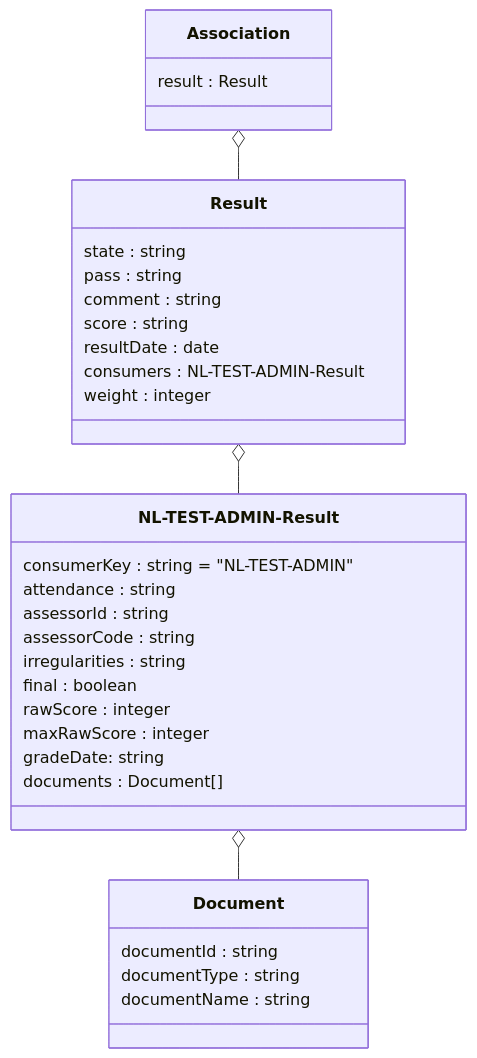
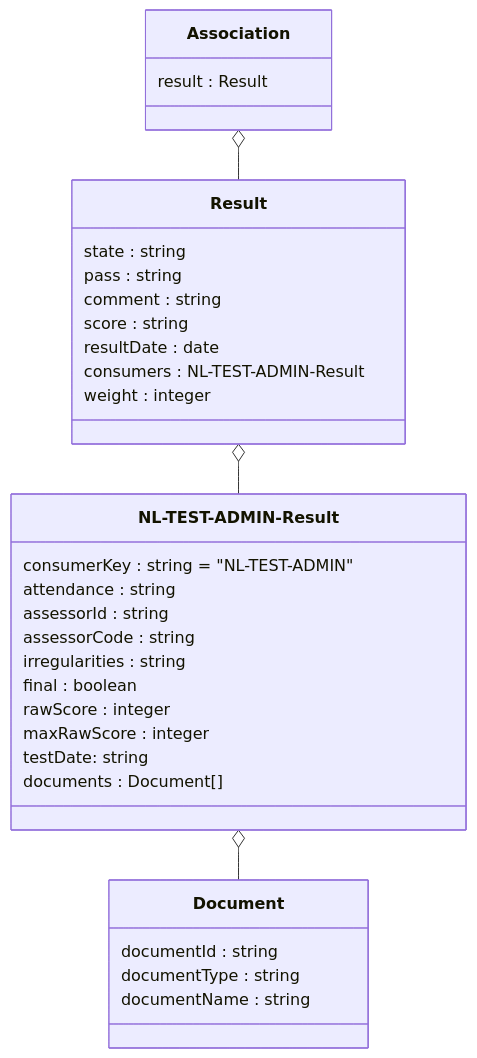
Before and after one commit to NetwerkExamineringDigitalisering/NED-OOAPI: the second of 6 diagrams in doc/flow3.md, drawn with Mermaid. The commit also changed 3 other files, not shown here.

Commit message:
chenge gradeDate to testDate

````diff
--- a/doc/flow3.md
+++ b/doc/flow3.md
@@ -22,35 +22,35 @@
 ```mermaid
 classDiagram
   class Association {
   	result : Result
   }
   class Result {
     state : string
     pass : string
     comment : string
     score : string
     resultDate : date
     consumers : NL-TEST-ADMIN-Result
     weight : integer
   }
   class `NL-TEST-ADMIN-Result` {
    	consumerKey : string = "NL-TEST-ADMIN"
     attendance : string
     assessorId : string
     assessorCode : string 
     irregularities : string
     final : boolean 
     rawScore : integer 
     maxRawScore : integer
-    gradeDate: string
+    testDate: string
     documents : Document[]
   }
   class Document {
     documentId : string
     documentType : string
     documentName : string
   }
   Association o-- Result
   Result o-- `NL-TEST-ADMIN-Result`
   `NL-TEST-ADMIN-Result` o-- Document
 ```
````
